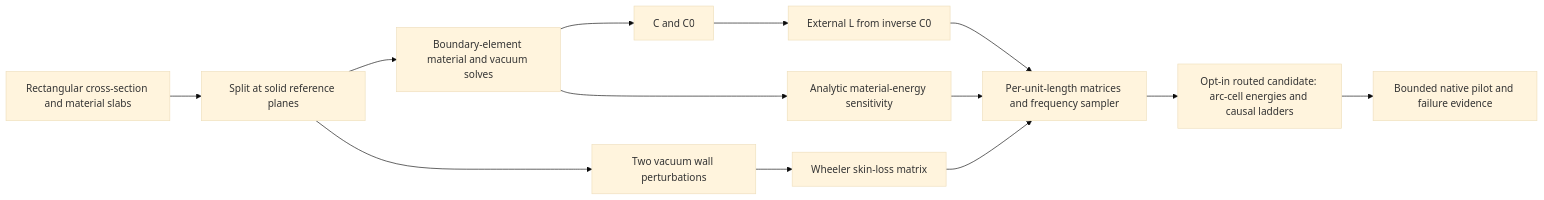
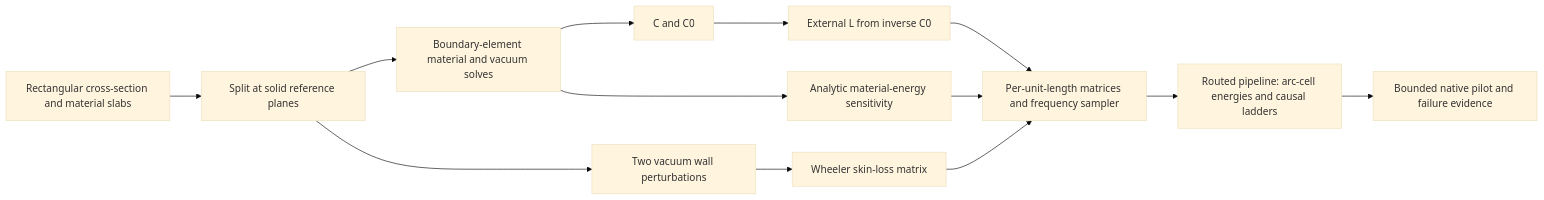
The second of 5 diagrams in docs/ARCHITECTURE.md (ShiboSoftwareDev/signal-integrity-pipeline), drawn with Mermaid (base theme) before and after one commit. The commit also changed other lines of this file and 192 other files, not shown here.

First line of the commit message:
refactor!: remove the 3D extraction pipeline; routed 2.5D is the only path

````diff
--- a/docs/ARCHITECTURE.md
+++ b/docs/ARCHITECTURE.md
@@ -90,15 +61,15 @@
 ```mermaid
 flowchart LR
   section[Rectangular cross-section and material slabs] --> regions[Split at solid reference planes]
   regions --> fields[Boundary-element material and vacuum solves]
   fields --> capacitance[C and C0]
   capacitance --> inductance[External L from inverse C0]
   fields --> dielectric[Analytic material-energy sensitivity]
   regions --> walls[Two vacuum wall perturbations]
   walls --> skin[Wheeler skin-loss matrix]
   dielectric --> result[Per-unit-length matrices and frequency sampler]
   skin --> result
   inductance --> result
-  result --> routed[Opt-in routed candidate: arc-cell energies and causal ladders]
+  result --> routed[Routed pipeline: arc-cell energies and causal ladders]
   routed --> pilot[Bounded native pilot and failure evidence]
 ```
````
